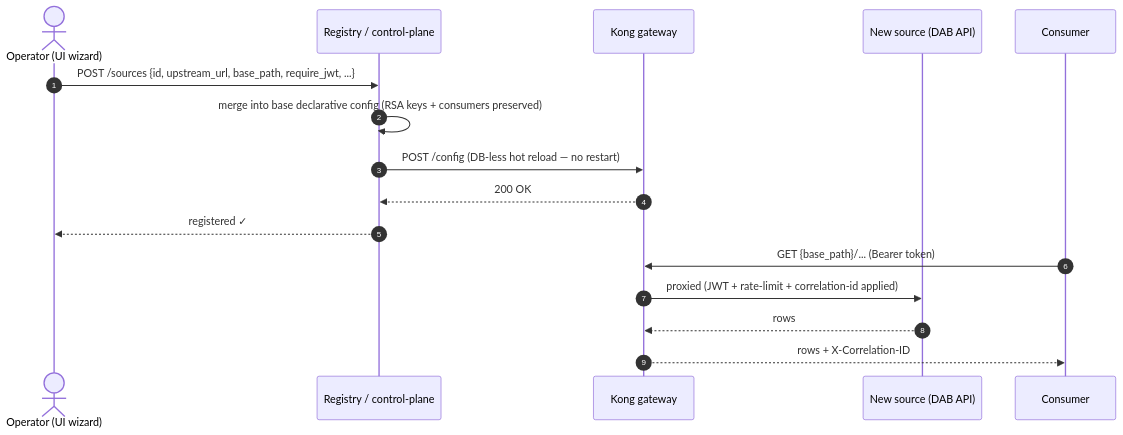
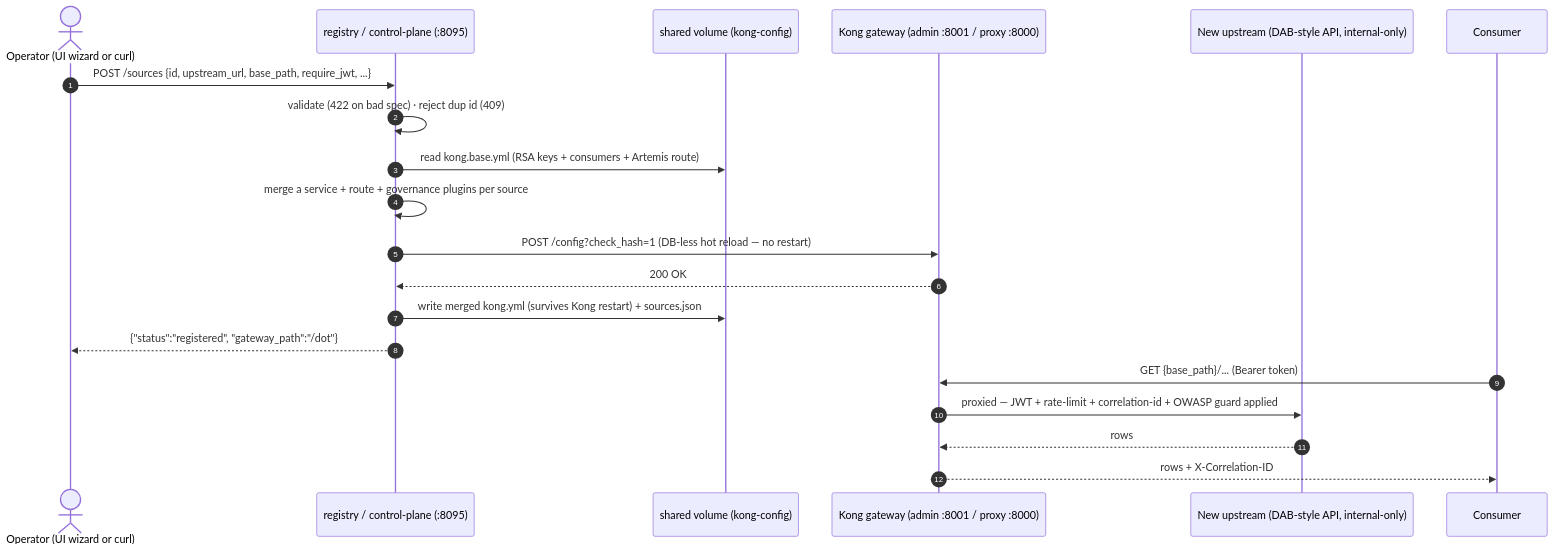
Before and after one commit to fgarofalo56/nasa-api-first-poc: the diagram in docs/ADD-A-SOURCE.md, drawn with Mermaid. The commit also changed other lines of this file and 40 other files, not shown here.

````diff
--- a/docs/ADD-A-SOURCE.md
+++ b/docs/ADD-A-SOURCE.md
@@ -44,19 +117,23 @@
 ```mermaid
 sequenceDiagram
     autonumber
-    actor Op as Operator (UI wizard)
-    participant Reg as Registry / control-plane
-    participant Kong as Kong gateway
-    participant Src as New source (DAB API)
+    actor Op as Operator (UI wizard or curl)
+    participant Reg as registry / control-plane (:8095)
+    participant Vol as shared volume (kong-config)
+    participant Kong as Kong gateway (admin :8001 / proxy :8000)
+    participant Src as New upstream (DAB-style API, internal-only)
     participant Cli as Consumer
 
     Op->>Reg: POST /sources {id, upstream_url, base_path, require_jwt, ...}
-    Reg->>Reg: merge into base declarative config (RSA keys + consumers preserved)
-    Reg->>Kong: POST /config  (DB-less hot reload — no restart)
+    Reg->>Reg: validate (422 on bad spec) · reject dup id (409)
+    Reg->>Vol: read kong.base.yml (RSA keys + consumers + Artemis route)
+    Reg->>Reg: merge a service + route + governance plugins per source
+    Reg->>Kong: POST /config?check_hash=1 (DB-less hot reload — no restart)
     Kong-->>Reg: 200 OK
-    Reg-->>Op: registered ✓
-    Cli->>Kong: GET {base_path}/...  (Bearer token)
-    Kong->>Src: proxied (JWT + rate-limit + correlation-id applied)
+    Reg->>Vol: write merged kong.yml (survives Kong restart) + sources.json
+    Reg-->>Op: {"status":"registered", "gateway_path":"/dot"}
+    Cli->>Kong: GET {base_path}/... (Bearer token)
+    Kong->>Src: proxied — JWT + rate-limit + correlation-id + OWASP guard applied
     Src-->>Kong: rows
     Kong-->>Cli: rows + X-Correlation-ID
 ```
````
